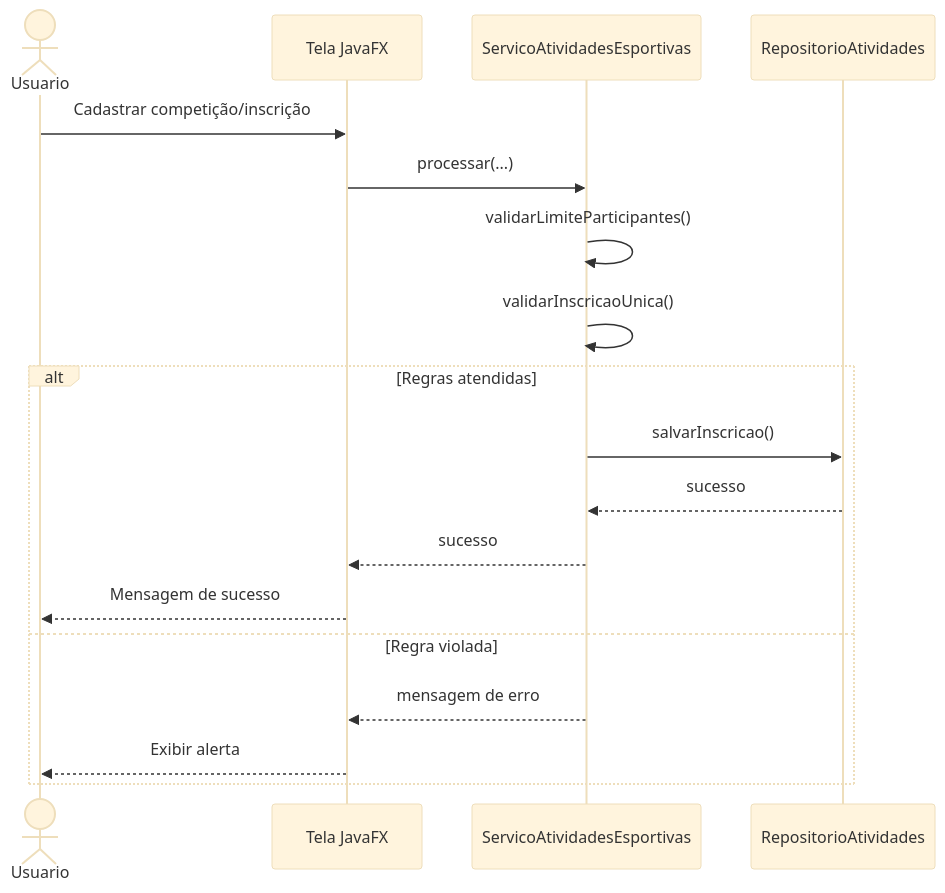
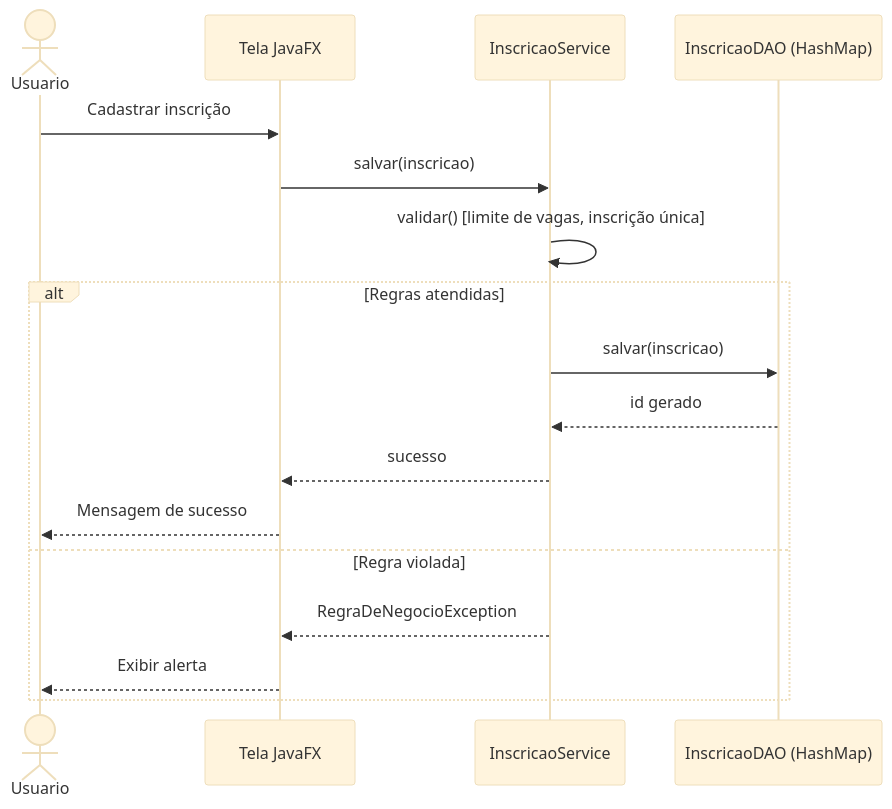
One commit to byguidev/sistema-esportivo-java changed the second of 2 diagrams in README.md. Above: the diagram before and after it, drawn with Mermaid (base theme). The commit also changed other lines of this file, not shown here.

````diff
--- a/README.md
+++ b/README.md
@@ -100,22 +134,21 @@
 ```mermaid
 sequenceDiagram
     actor Usuario
     participant Tela as Tela JavaFX
-    participant Servico as ServicoAtividadesEsportivas
-    participant Repo as RepositorioAtividades
+    participant Servico as InscricaoService
+    participant DAO as InscricaoDAO (HashMap)
 
-    Usuario->>Tela: Cadastrar competição/inscrição
-    Tela->>Servico: processar(...)
-    Servico->>Servico: validarLimiteParticipantes()
-    Servico->>Servico: validarInscricaoUnica()
+    Usuario->>Tela: Cadastrar inscrição
+    Tela->>Servico: salvar(inscricao)
+    Servico->>Servico: validar() [limite de vagas, inscrição única]
 
     alt Regras atendidas
-        Servico->>Repo: salvarInscricao()
-        Repo-->>Servico: sucesso
+        Servico->>DAO: salvar(inscricao)
+        DAO-->>Servico: id gerado
         Servico-->>Tela: sucesso
         Tela-->>Usuario: Mensagem de sucesso
     else Regra violada
-        Servico-->>Tela: mensagem de erro
+        Servico-->>Tela: RegraDeNegocioException
         Tela-->>Usuario: Exibir alerta
     end
 ```
````
